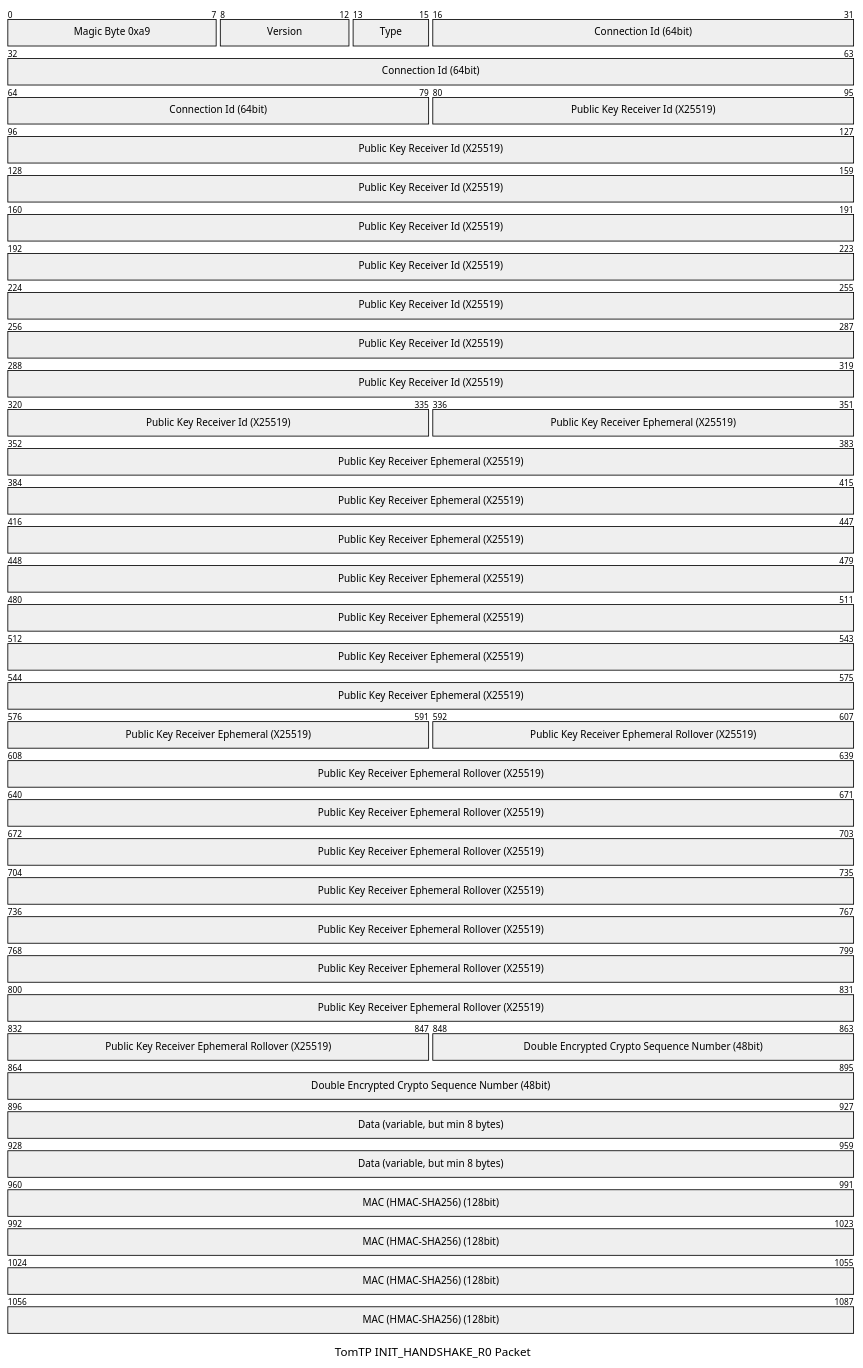
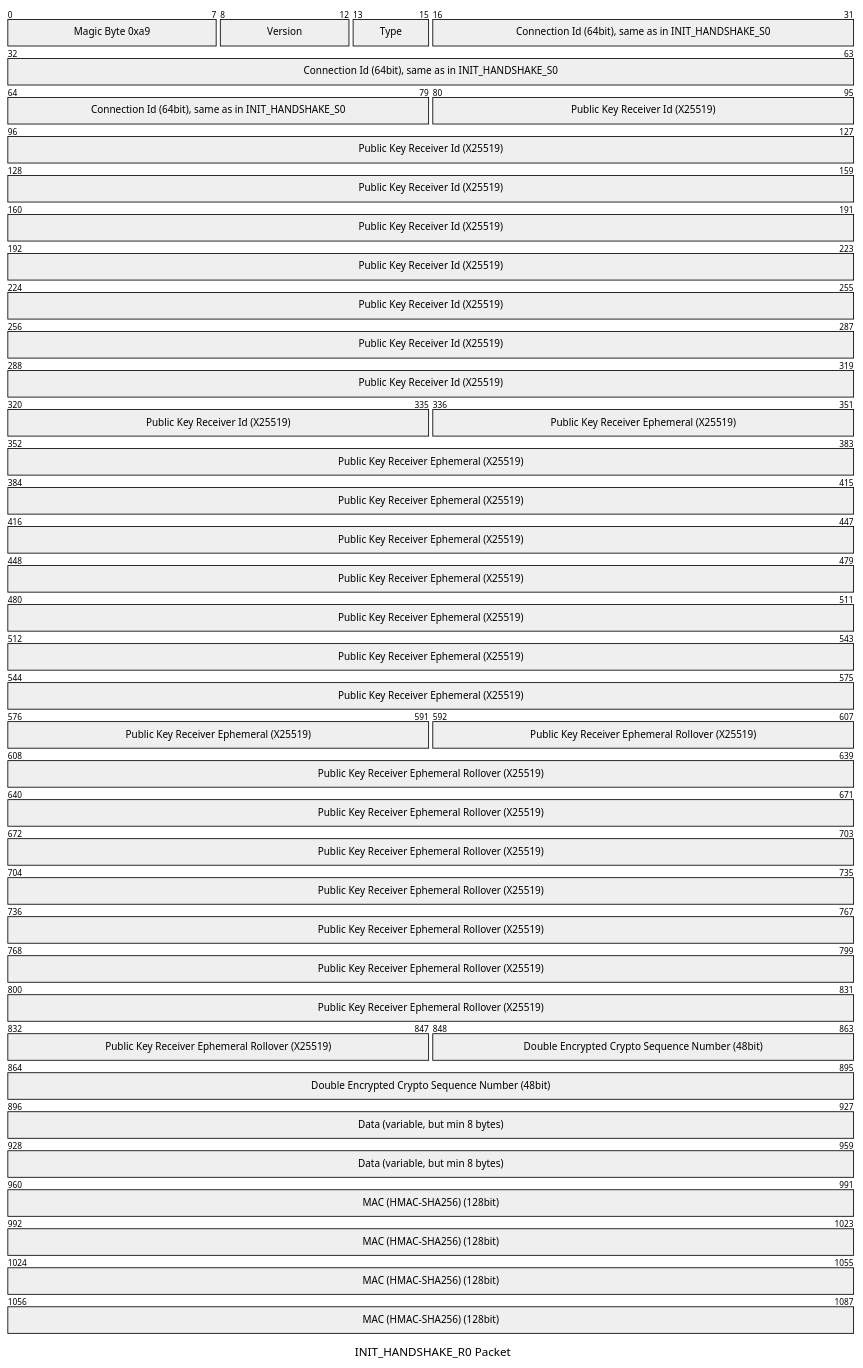
The second of 9 diagrams in Readme.md (tbocek/tomtp), drawn with Mermaid before and after one commit. The commit also changed other lines of this file and 10 other files, not shown here.

````diff
--- a/Readme.md
+++ b/Readme.md
@@ -95,16 +97,16 @@
 ```mermaid
 ---
-title: "TomTP INIT_HANDSHAKE_R0 Packet"
+title: "INIT_HANDSHAKE_R0 Packet"
 ---
 packet-beta
   0-7: "Magic Byte 0xa9"
   8-12: "Version"
   13-15: "Type"
-  16-79: "Connection Id (64bit)"
+  16-79: "Connection Id (64bit), same as in INIT_HANDSHAKE_S0"
   80-335: "Public Key Receiver Id (X25519)"
   336-591: "Public Key Receiver Ephemeral (X25519)"
   592-847: "Public Key Receiver Ephemeral Rollover (X25519)"
   848-895: "Double Encrypted Crypto Sequence Number (48bit)"
   896-959: "Data (variable, but min 8 bytes)"
   960-1087: "MAC (HMAC-SHA256) (128bit)"
 ```
````
